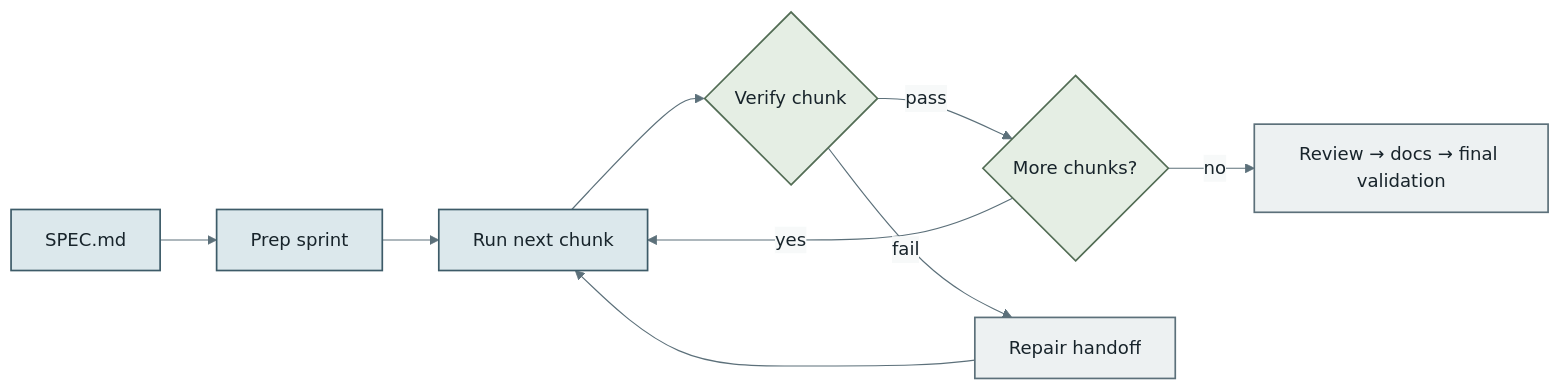
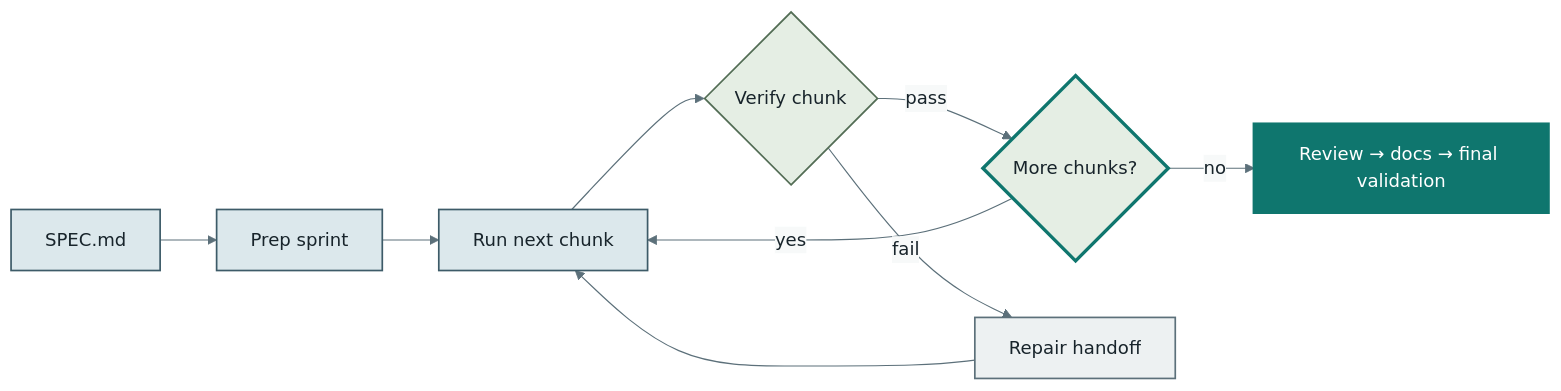
The first of 2 diagrams in README.md (zacharygcook/agent-skills), drawn with Mermaid before and after one commit. The commit also changed other lines of this file and 17 other files, not shown here.

Commit message:
Unify shared workflow diagram styling

````diff
--- a/README.md
+++ b/README.md
@@ -39,19 +39,23 @@
 ```mermaid
 %%{init: {'theme': 'base', 'themeVariables': {'primaryColor': '#DCE8EC', 'primaryTextColor': '#18242B', 'primaryBorderColor': '#3D5B68', 'lineColor': '#5C707A', 'secondaryColor': '#E5EEE4', 'tertiaryColor': '#EDF1F2', 'edgeLabelBackground': '#F7F9F9', 'fontFamily': 'system-ui'}}}%%
 flowchart LR
     spec["SPEC.md"] --> prepare["Prep sprint"]
     prepare --> chunk["Run next chunk"]
     chunk --> verify{"Verify chunk"}
     verify -->|pass| more{"More chunks?"}
     more -->|yes| chunk
     more -->|no| hooks["Review → docs → final validation"]
     verify -->|fail| repair["Repair handoff"]
     repair --> chunk
 
     classDef phase fill:#DCE8EC,stroke:#3D5B68,color:#18242B,stroke-width:1.5px;
     classDef gate fill:#E5EEE4,stroke:#536D55,color:#18242B,stroke-width:1.5px;
+    classDef checkpoint fill:#E5EEE4,stroke:#0F766E,color:#18242B,stroke-width:3px;
     classDef outcome fill:#EDF1F2,stroke:#5C707A,color:#18242B,stroke-width:1.5px;
+    classDef success fill:#0F766E,stroke:#0F766E,color:#FFFFFF,stroke-width:3px;
     class spec,prepare,chunk phase;
-    class verify,more gate;
-    class hooks,repair outcome;
+    class verify gate;
+    class more checkpoint;
+    class hooks success;
+    class repair outcome;
 ```
````
